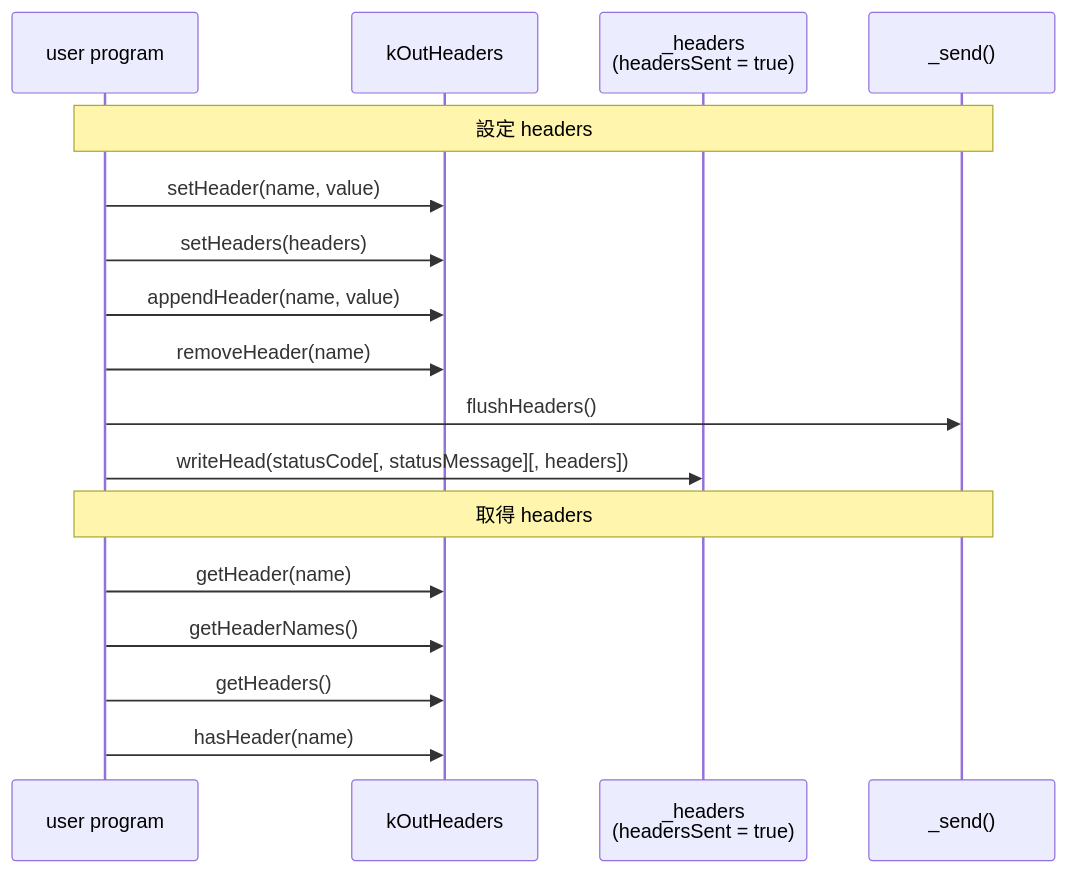
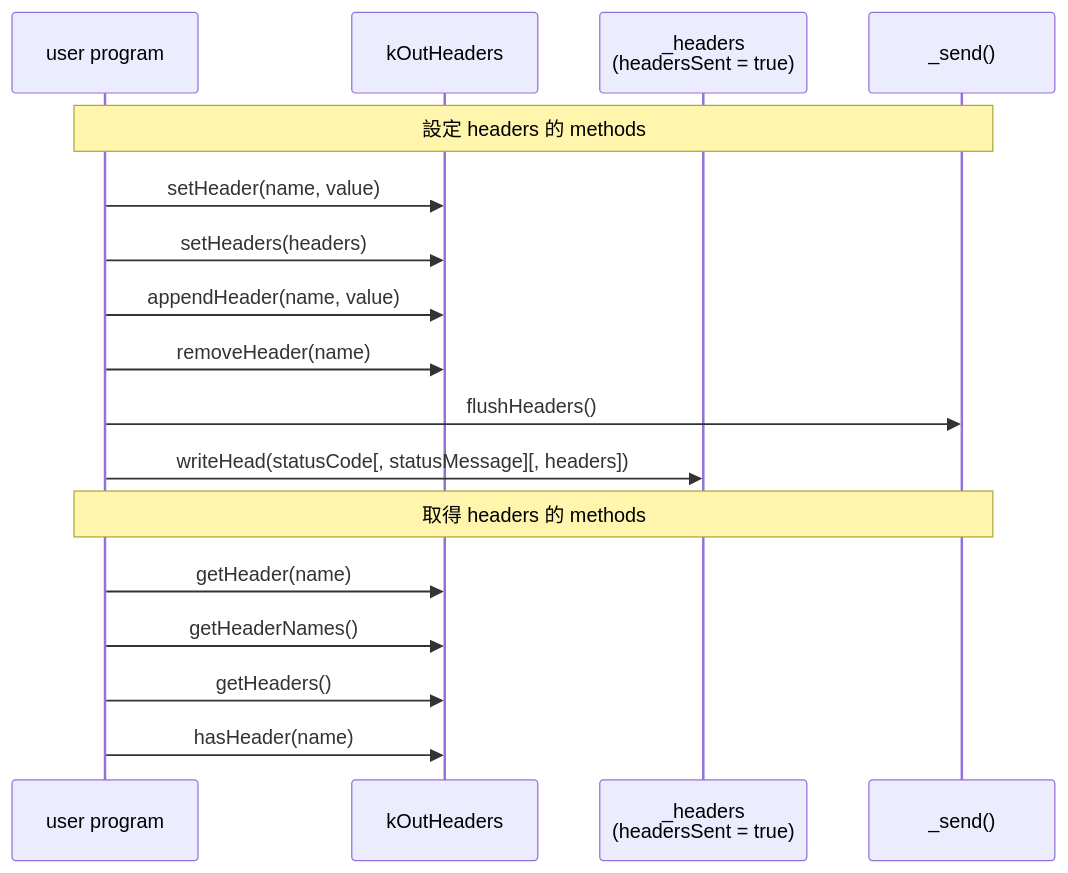
Before and after one commit to samuel871211/yusheng-tech-blog: the third of 4 diagrams in docs/nodejs/http-request-response-classes.md, drawn with Mermaid. The commit also changed other lines of this file and 4 other files, not shown here.

````diff
--- a/docs/nodejs/http-request-response-classes.md
+++ b/docs/nodejs/http-request-response-classes.md
@@ -134,21 +138,21 @@
 ```mermaid
 sequenceDiagram
   participant A as user program
   participant B as kOutHeaders
   participant C as _headers<br/>(headersSent = true)
   participant D as _send()
 
-  Note over A, D: 設定 headers
+  Note over A, D: 設定 headers 的 methods
   A ->> B: setHeader(name, value)
   A ->> B: setHeaders(headers)
   A ->> B: appendHeader(name, value)
   A ->> B: removeHeader(name)
   A ->> D: flushHeaders()
   A ->> C: writeHead(statusCode[, statusMessage][, headers])
 
-  Note over A, D: 取得 headers
+  Note over A, D: 取得 headers 的 methods
   A ->> B: getHeader(name)
   A ->> B: getHeaderNames()
   A ->> B: getHeaders()
   A ->> B: hasHeader(name)
 ```
````
